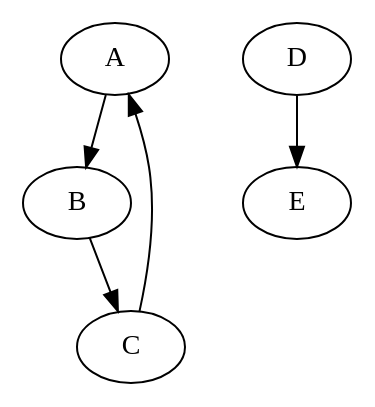
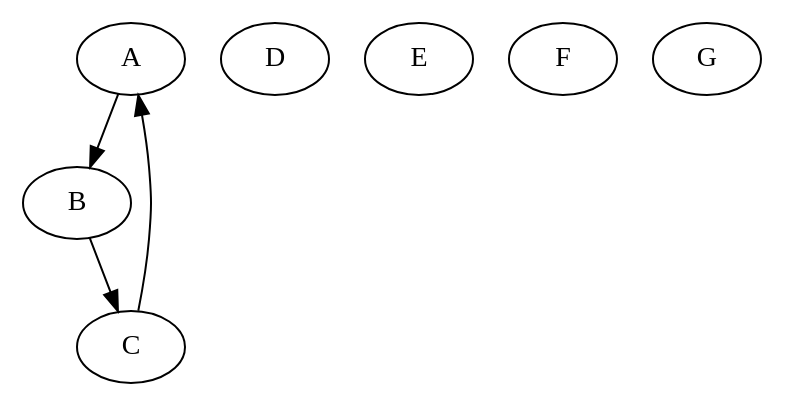
Before and after one commit to coleeastman/Graph-Explorer: the diagram in src/main/resources/graph.dot, drawn with Graphviz. The commit also changed 6 other files, not shown here.

```diff
--- a/src/main/resources/graph.dot
+++ b/src/main/resources/graph.dot
@@ -1,6 +1,12 @@
-digraph {
-    A -> B;
-    B -> C;
-    C -> A;
-    D -> E;
+digraph G {
+  A;
+  B;
+  C;
+  D;
+  E;
+  F;
+  G;
+  A -> B;
+  B -> C;
+  C -> A;
 }
```
